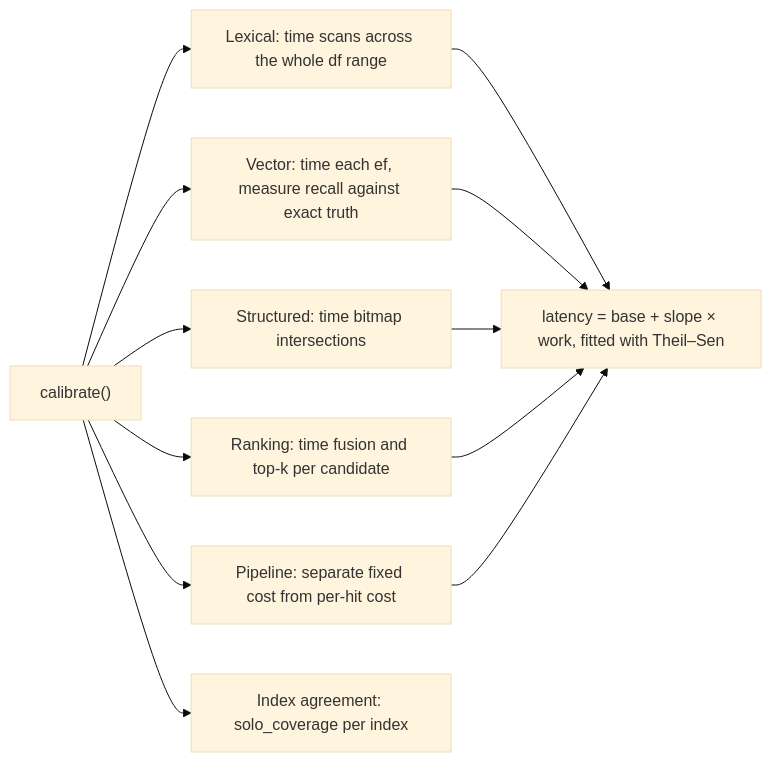
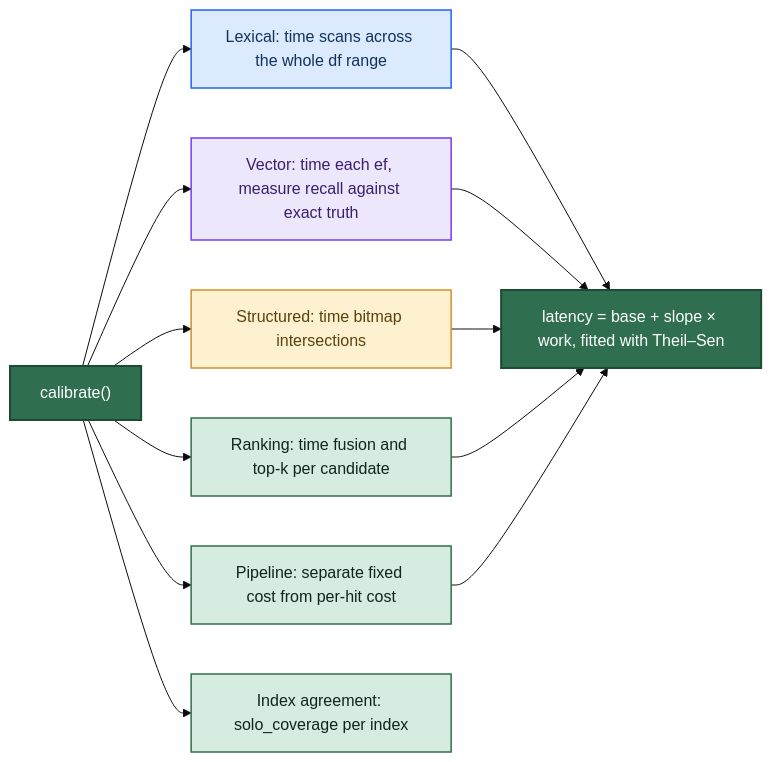
The sixth of 9 diagrams in BOOK.md (cosmos-dx/broccolisearch), drawn with Mermaid (base theme) before and after one commit. The commit also changed other lines of this file and 4 other files, not shown here.

````diff
--- a/BOOK.md
+++ b/BOOK.md
@@ -1292,14 +1296,26 @@
 ```mermaid
 flowchart LR
     A["calibrate()"] --> B["Lexical: time scans across the whole df range"]
     A --> C["Vector: time each ef, measure recall against exact truth"]
     A --> D["Structured: time bitmap intersections"]
     A --> E["Ranking: time fusion and top-k per candidate"]
     A --> F["Pipeline: separate fixed cost from per-hit cost"]
     A --> G["Index agreement: solo_coverage per index"]
     B --> H["latency = base + slope × work, fitted with Theil–Sen"]
     C --> H
     D --> H
     E --> H
     F --> H
+
+    classDef entry fill:#2f6f4f,stroke:#1d4a34,stroke-width:2px,color:#ffffff
+    classDef lex   fill:#dbeafe,stroke:#2563eb,stroke-width:1.5px,color:#12345c
+    classDef vec   fill:#ece7fb,stroke:#7c3aed,stroke-width:1.5px,color:#3b1f6e
+    classDef str   fill:#fef1cf,stroke:#d1902a,stroke-width:1.5px,color:#5b4210
+    classDef opt   fill:#d6ece0,stroke:#2f6f4f,stroke-width:1.5px,color:#12241c
+    class A entry
+    class B lex
+    class C vec
+    class D str
+    class E,F,G opt
+    class H entry
 ```
````
